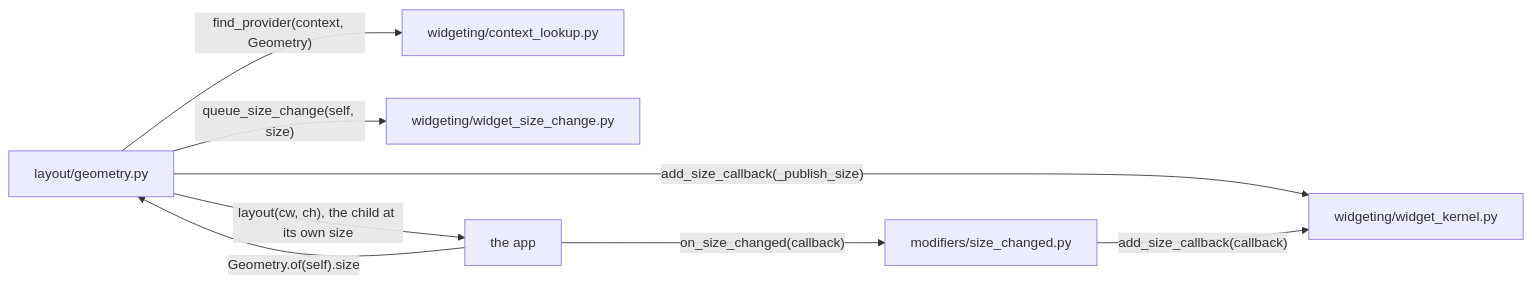
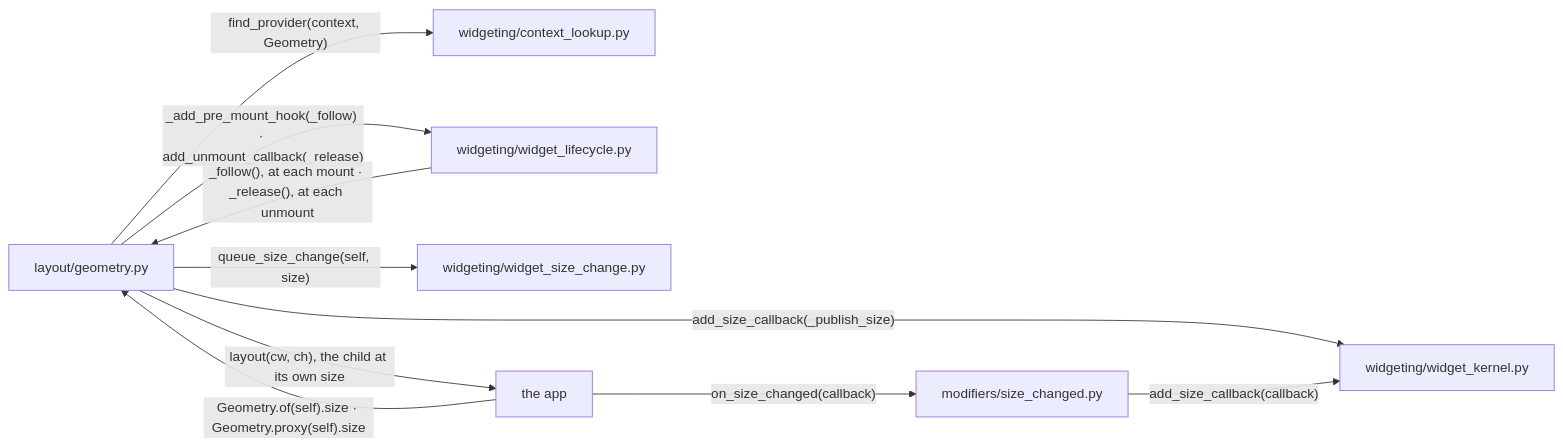
One commit to yuksblog/nuiitivet changed the fourth of 7 diagrams in docs/design/GEOMETRY.md. Above: the diagram before and after it, drawn with Mermaid. The commit also changed other lines of this file and 41 other files, not shown here.

First line of the commit message:
feat(widgeting): X.proxy(widget) makes a stand-in in __init__

````diff
--- a/docs/design/GEOMETRY.md
+++ b/docs/design/GEOMETRY.md
@@ -109,17 +110,20 @@
 ```mermaid
 flowchart LR
     geometry[layout/geometry.py]
     modifier[modifiers/size_changed.py]
     lookup[widgeting/context_lookup.py]
+    lifecycle[widgeting/widget_lifecycle.py]
     kernel[widgeting/widget_kernel.py]
     sizechange[widgeting/widget_size_change.py]
     app[the app]
 
     geometry -- "layout(cw, ch), the child at its own size" --> app
     geometry -- "queue_size_change(self, size)" --> sizechange
     geometry -- "add_size_callback(_publish_size)" --> kernel
-    app -- "Geometry.of(self).size" --> geometry
+    app -- "Geometry.of(self).size · Geometry.proxy(self).size" --> geometry
     geometry -- "find_provider(context, Geometry)" --> lookup
+    geometry -- "_add_pre_mount_hook(_follow) · add_unmount_callback(_release)" --> lifecycle
+    lifecycle -- "_follow(), at each mount · _release(), at each unmount" --> geometry
     app -- "on_size_changed(callback)" --> modifier
     modifier -- "add_size_callback(callback)" --> kernel
 ```
````
